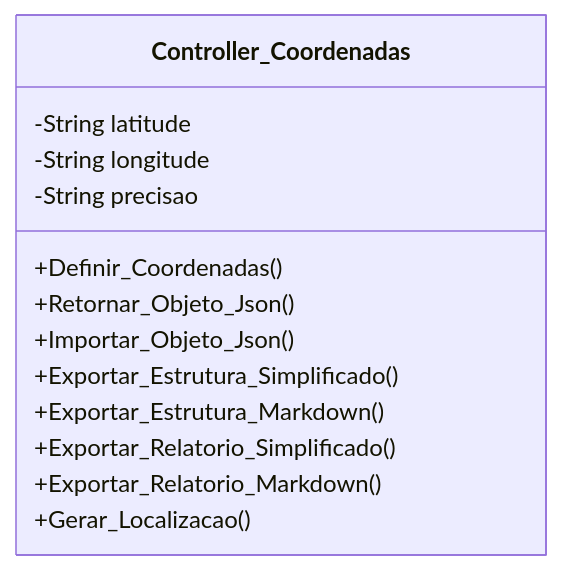
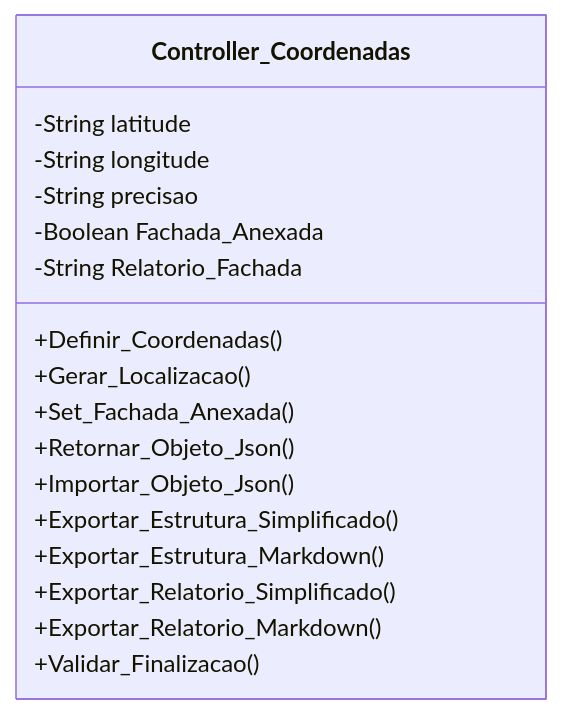
The diagram in DOCUMENTOS/Classe - Coordenadas.md (ETECC-Telecom/ValtObsidian-Script-Moto), drawn with Mermaid before and after one commit. The commit also changed other lines of this file and 3 other files, not shown here.

````diff
--- a/DOCUMENTOS/Classe - Coordenadas.md
+++ b/DOCUMENTOS/Classe - Coordenadas.md
@@ -38,17 +45,22 @@
 ```mermaid
 classDiagram
     class Controller_Coordenadas{
 	    -String latitude
 		-String longitude
 		-String precisao
+		-Boolean Fachada_Anexada
+		-String Relatorio_Fachada
       
 	    +Definir_Coordenadas()
+	    +Gerar_Localizacao()
+	    +Set_Fachada_Anexada()
+	    
 		+Retornar_Objeto_Json()
 		+Importar_Objeto_Json()
 		+Exportar_Estrutura_Simplificado()
 		+Exportar_Estrutura_Markdown()
 		+Exportar_Relatorio_Simplificado()
 		+Exportar_Relatorio_Markdown()
-		+Gerar_Localizacao()
+		+Validar_Finalizacao()
     }
 ```
````
